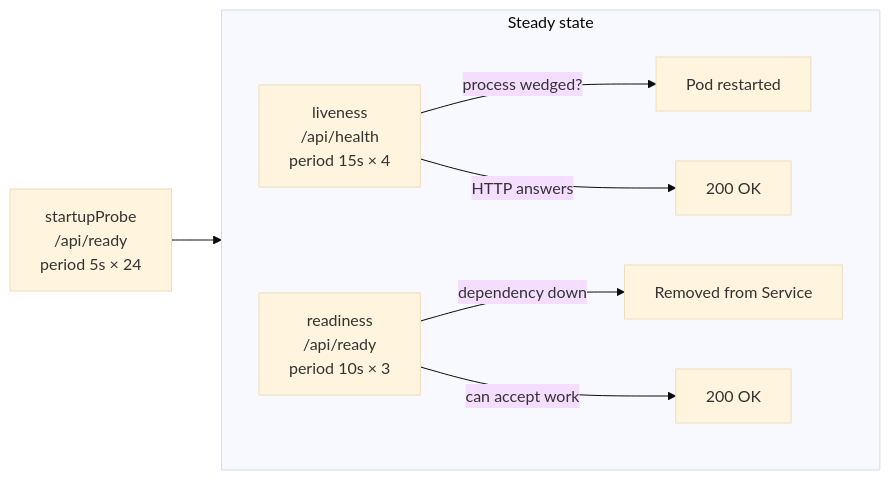
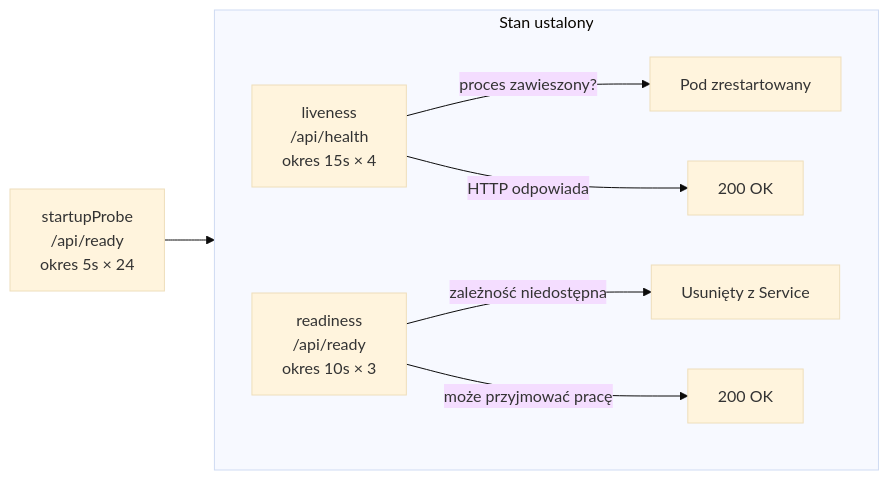
One commit to leszek3737/librefang-WIki changed the second of 2 diagrams in deploy-kubernetes.md. Above: the diagram before and after it, drawn with Mermaid (base theme). The commit also changed other lines of this file and 104 other files, not shown here.

````diff
--- a/deploy-kubernetes.md
+++ b/deploy-kubernetes.md
@@ -137,11 +137,11 @@
 ```mermaid
 graph LR
-  START["startupProbe<br/>/api/ready<br/>period 5s × 24"] --> LIVE
-  subgraph LIVE["Steady state"]
+  START["startupProbe<br/>/api/ready<br/>okres 5s × 24"] --> LIVE
+  subgraph LIVE["Stan ustalony"]
     direction LR
-    LIV["liveness<br/>/api/health<br/>period 15s × 4"] -->|process wedged?| RESTART[Pod restarted]
-    LIV -->|HTTP answers| OK1[200 OK]
-    RDY["readiness<br/>/api/ready<br/>period 10s × 3"] -->|dependency down| DRAIN[Removed from Service]
-    RDY -->|can accept work| OK2[200 OK]
+    LIV["liveness<br/>/api/health<br/>okres 15s × 4"] -->|proces zawieszony?| RESTART[Pod zrestartowany]
+    LIV -->|HTTP odpowiada| OK1[200 OK]
+    RDY["readiness<br/>/api/ready<br/>okres 10s × 3"] -->|zależność niedostępna| DRAIN[Usunięty z Service]
+    RDY -->|może przyjmować pracę| OK2[200 OK]
   end
 ```
````
